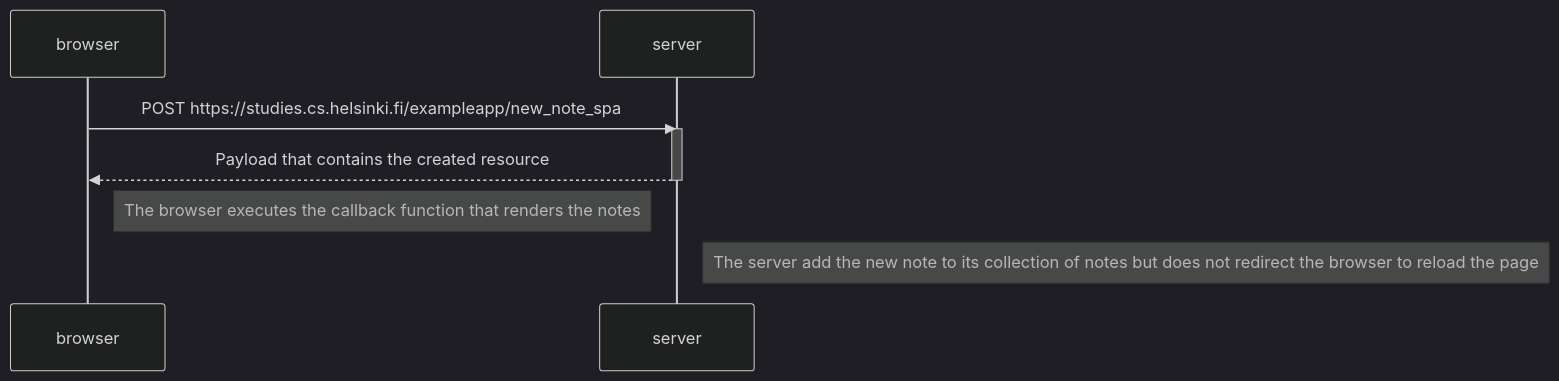
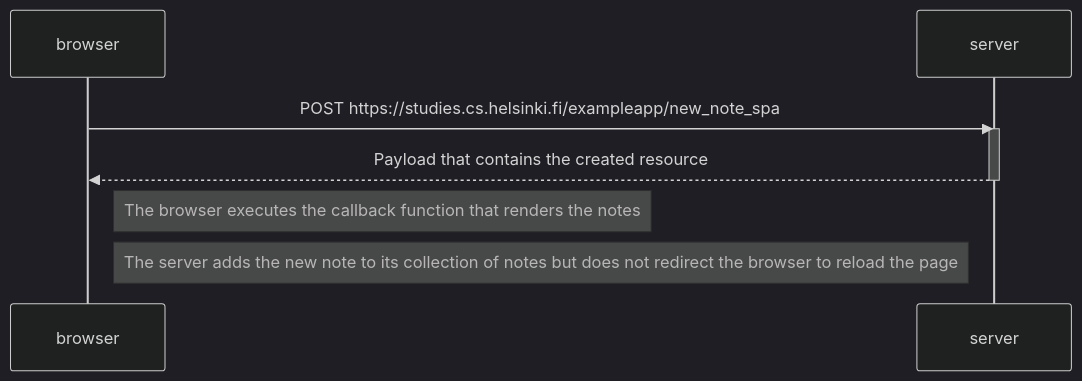
The diagram in 06_New_note_in_SPA.md (DevMoatazKhalid/FullStackOpen_Exercises), drawn with Mermaid (dark theme) before and after one commit.

````diff
--- a/06_New_note_in_SPA.md
+++ b/06_New_note_in_SPA.md
@@ -1,13 +1,13 @@
 ```mermaid
 sequenceDiagram
 participant browser
 participant server
 
     browser->>server: POST https://studies.cs.helsinki.fi/exampleapp/new_note_spa
     activate server
     server-->>browser: Payload that contains the created resource
     deactivate server
 
     Note right of browser: The browser executes the callback function that renders the notes
-    Note right of server: The server add the new note to its collection of notes but does not redirect the browser to reload the page
+    Note left of server: The server adds the new note to its collection of notes but does not redirect the browser to reload the page
 ```
````
